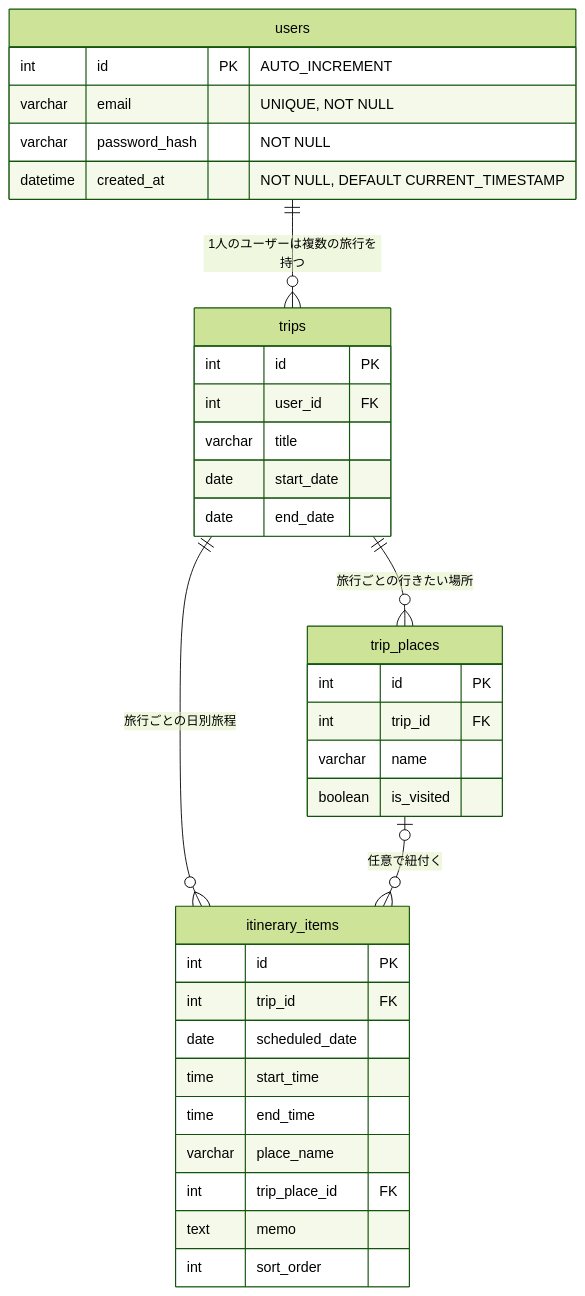
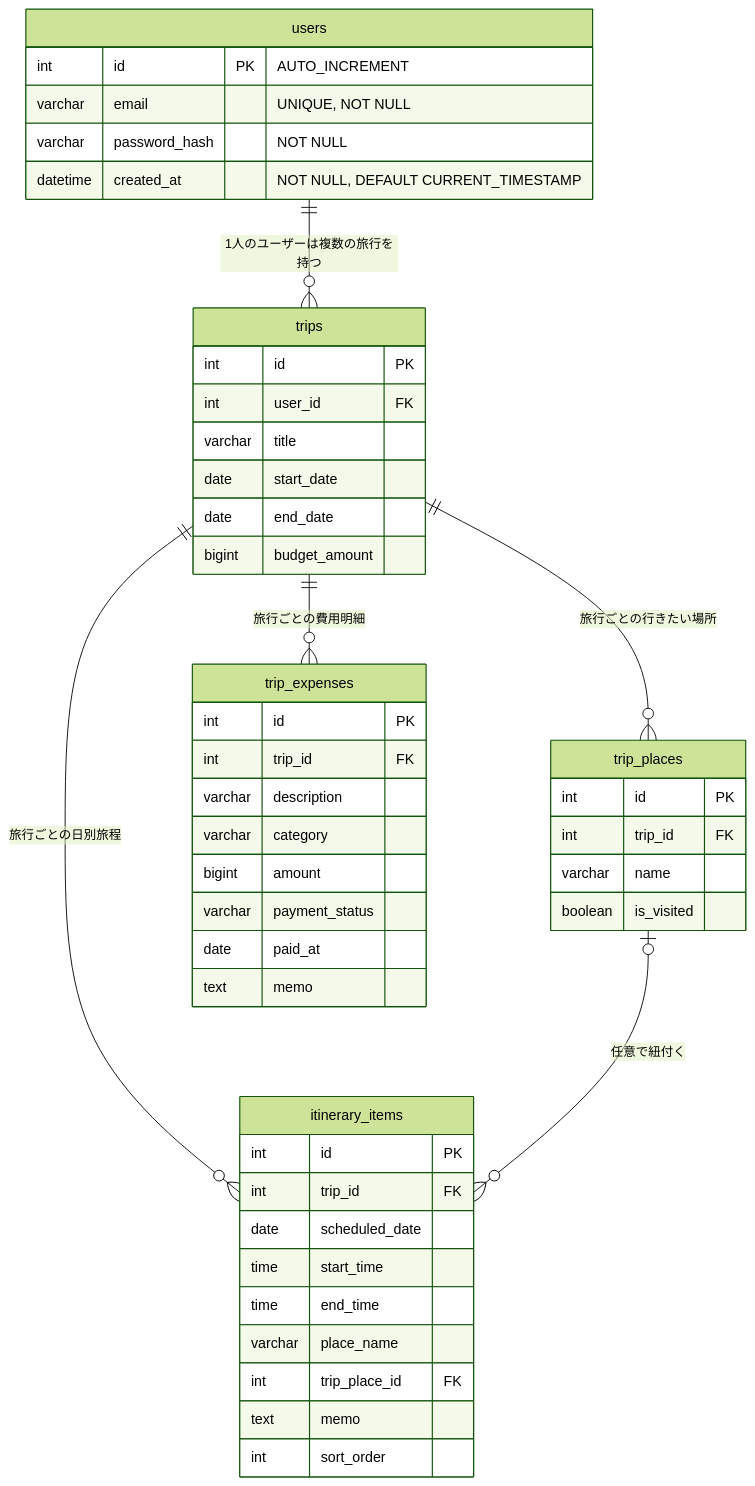
Before and after one commit to shumatsu51/React-and-TS-App-202608: the diagram in docs/er-diagram.md, drawn with Mermaid (forest theme). The commit also changed other lines of this file, not shown here.

Commit message:
DB設計のER図・テーブル定義を追加

````diff
--- a/docs/er-diagram.md
+++ b/docs/er-diagram.md
@@ -9,41 +9,54 @@
 ```mermaid
 erDiagram
     users {
         int id PK "AUTO_INCREMENT"
         varchar email "UNIQUE, NOT NULL"
         varchar password_hash "NOT NULL"
         datetime created_at "NOT NULL, DEFAULT CURRENT_TIMESTAMP"
     }
 
     trips {
         int id PK
         int user_id FK
         varchar title
         date start_date
         date end_date
+        bigint budget_amount
     }
 
     trip_places {
         int id PK
         int trip_id FK
         varchar name
         boolean is_visited
     }
 
     itinerary_items {
         int id PK
         int trip_id FK
         date scheduled_date
         time start_time
         time end_time
         varchar place_name
         int trip_place_id FK
         text memo
         int sort_order
     }
 
+    trip_expenses {
+        int id PK
+        int trip_id FK
+        varchar description
+        varchar category
+        bigint amount
+        varchar payment_status
+        date paid_at
+        text memo
+    }
+
     users ||--o{ trips : "1人のユーザーは複数の旅行を持つ"
     trips ||--o{ trip_places : "旅行ごとの行きたい場所"
     trips ||--o{ itinerary_items : "旅行ごとの日別旅程"
+    trips ||--o{ trip_expenses : "旅行ごとの費用明細"
     trip_places o|--o{ itinerary_items : "任意で紐付く"
 ```
````
